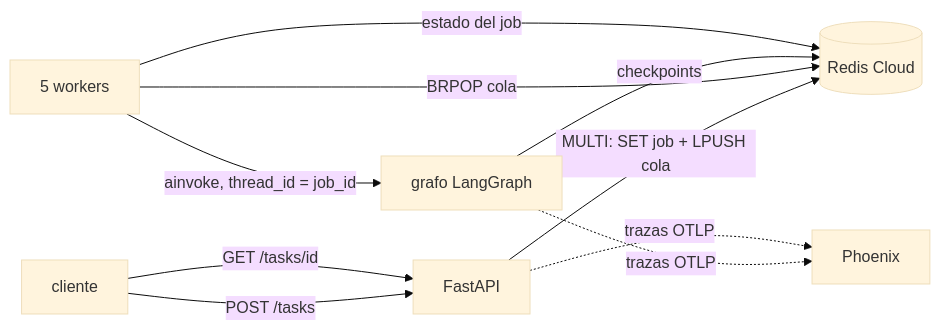
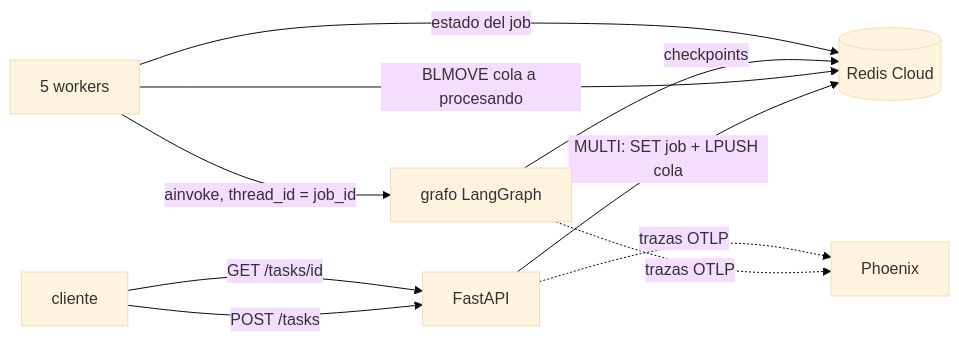
The third of 5 diagrams in README.md (ocampomatias/ai-engineering), drawn with Mermaid (base theme) before and after one commit. The commit also changed other lines of this file and 1 other file, not shown here.

Commit message:
docs: sección Entrega final del README (diagramas, evidencia, rúbrica)

````diff
--- a/README.md
+++ b/README.md
@@ -28,12 +352,12 @@
 ```mermaid
 graph LR
     C[cliente] -->|POST /tasks| A[FastAPI]
     A -->|MULTI: SET job + LPUSH cola| R[(Redis Cloud)]
-    W[5 workers] -->|BRPOP cola| R
+    W[5 workers] -->|BLMOVE cola a procesando| R
     W -->|ainvoke, thread_id = job_id| G[grafo LangGraph]
     G -->|checkpoints| R
     W -->|estado del job| R
     C -->|GET /tasks/id| A
     G -.->|trazas OTLP| P[Phoenix]
     A -.->|trazas OTLP| P
 ```
````
